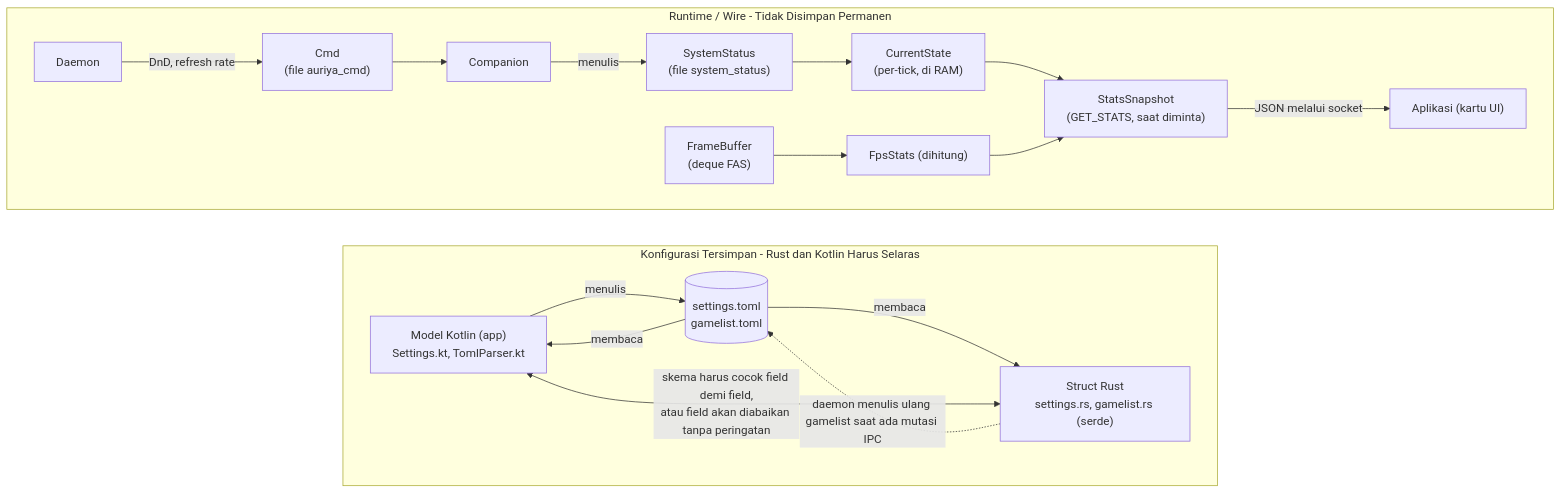
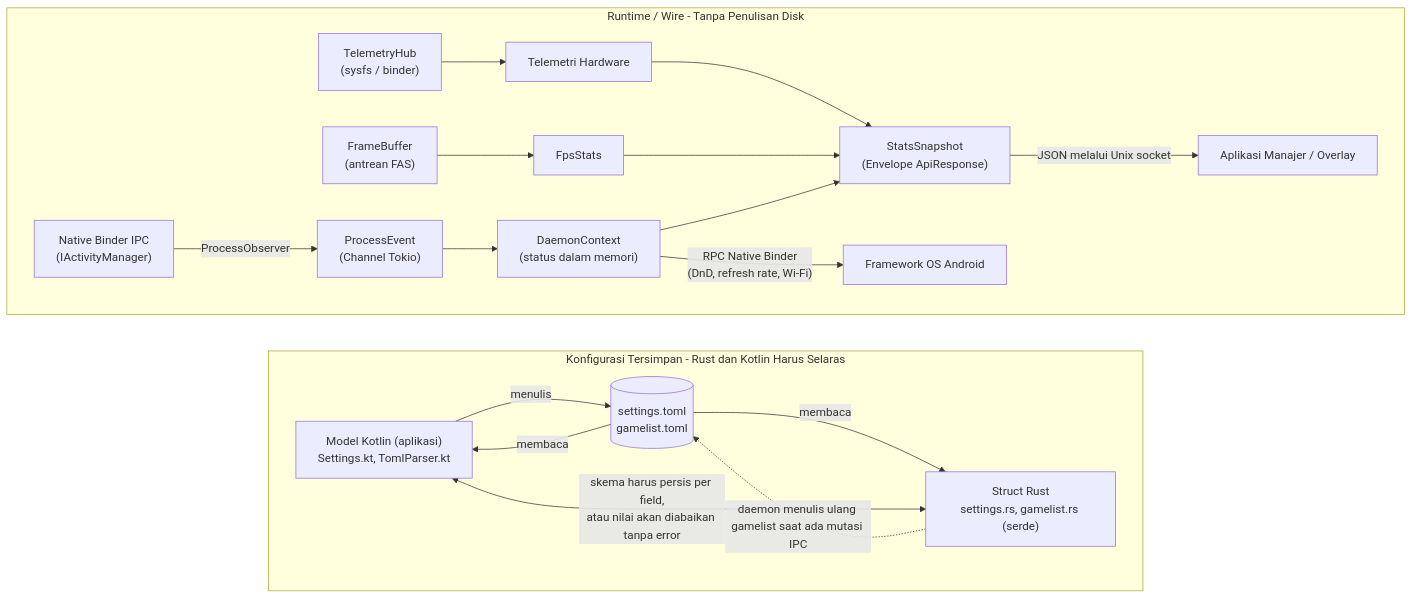
Before and after one commit to pavelc4/auriya-wiki: the diagram in src/content/docs/id/architecture/data-model.md, drawn with Mermaid. The commit also changed other lines of this file and 42 other files, not shown here.

Commit message:
docs: overhaul architecture documentation for v2.2.0 Native Binder IPC

````diff
--- a/src/content/docs/id/architecture/data-model.md
+++ b/src/content/docs/id/architecture/data-model.md
@@ -12,26 +14,25 @@
 ```mermaid
 flowchart LR
     subgraph persisted ["Konfigurasi Tersimpan - Rust dan Kotlin Harus Selaras"]
         direction LR
-        kt["Model Kotlin (app)<br/>Settings.kt, TomlParser.kt"]
+        kt["Model Kotlin (aplikasi)<br/>Settings.kt, TomlParser.kt"]
         toml[("settings.toml<br/>gamelist.toml")]
         rs["Struct Rust<br/>settings.rs, gamelist.rs (serde)"]
         kt -->|menulis| toml
         toml -->|membaca| rs
         rs -.->|"daemon menulis ulang gamelist saat ada mutasi IPC"| toml
         toml -->|membaca| kt
     end
-    kt <-->|"skema harus cocok field demi field,<br/>atau field akan diabaikan tanpa peringatan"| rs
+    kt <-->|"skema harus persis per field,<br/>atau nilai akan diabaikan tanpa error"| rs
 
-    subgraph runtime ["Runtime / Wire - Tidak Disimpan Permanen"]
+    subgraph runtime ["Runtime / Wire - Tanpa Penulisan Disk"]
         direction LR
-        comp["Companion"] -->|menulis| ss["SystemStatus<br/>(file system_status)"]
-        ss --> cs["CurrentState<br/>(per-tick, di RAM)"]
-        cs --> stats["StatsSnapshot<br/>(GET_STATS, saat diminta)"]
-        stats -->|"JSON melalui socket"| app["Aplikasi (kartu UI)"]
-        fb["FrameBuffer<br/>(deque FAS)"] --> fps["FpsStats (dihitung)"]
-        fps --> stats
-        daemon["Daemon"] -->|"DnD, refresh rate"| cmd["Cmd<br/>(file auriya_cmd)"]
-        cmd --> comp
+        am["Native Binder IPC<br/>(IActivityManager)"] -->|ProcessObserver| pe["ProcessEvent<br/>(Channel Tokio)"]
+        pe --> ctx["DaemonContext<br/>(status dalam memori)"]
+        fb["FrameBuffer<br/>(antrean FAS)"] --> fps["FpsStats"]
+        hub["TelemetryHub<br/>(sysfs / binder)"] --> telem["Telemetri Hardware"]
+        ctx & fps & telem --> stats["StatsSnapshot<br/>(Envelope ApiResponse)"]
+        stats -->|"JSON melalui Unix socket"| app["Aplikasi Manajer / Overlay"]
+        ctx -->|"RPC Native Binder<br/>(DnD, refresh rate, Wi-Fi)"| android["Framework OS Android"]
     end
 ```
````
